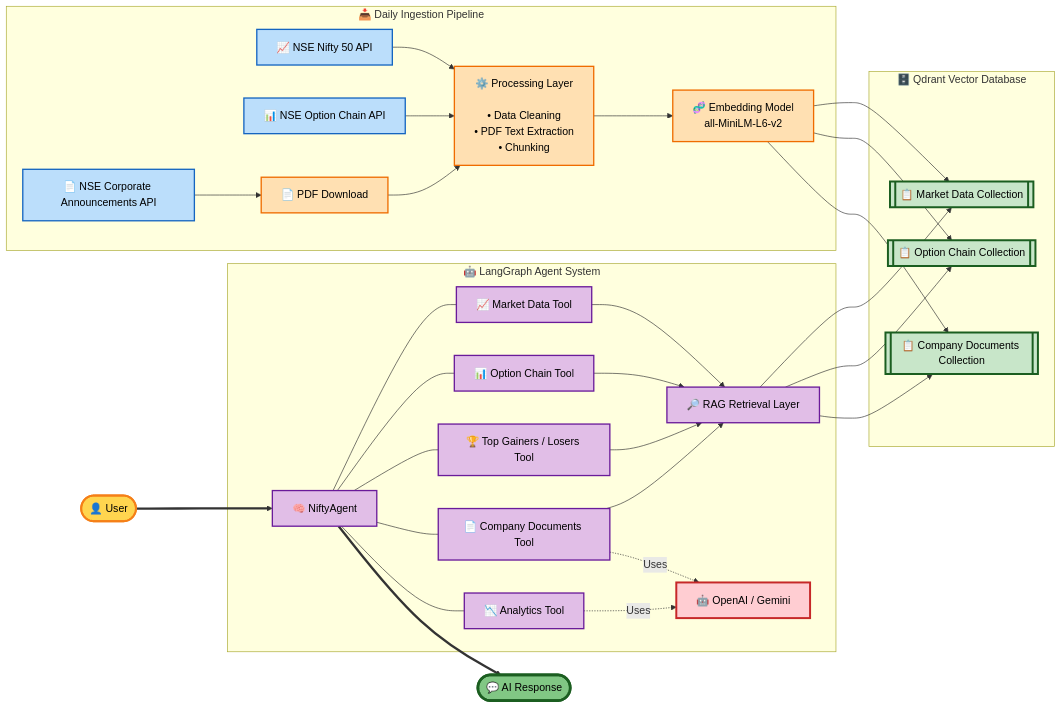
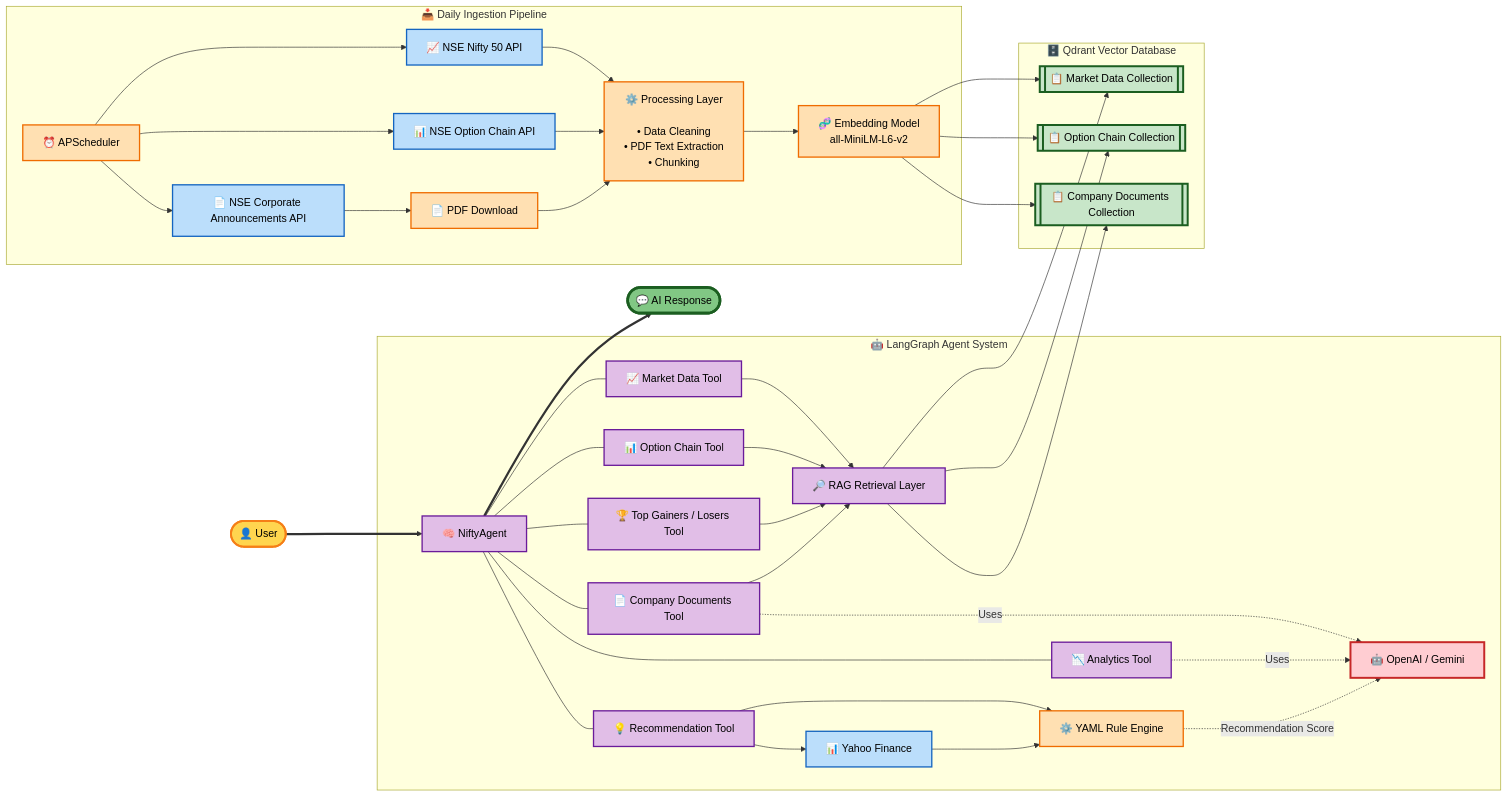
The diagram in mermaid.mmd (Gandharv-Gupta/Nifty-Intel.Ai), drawn with Mermaid before and after one commit. The commit also changed 1 other file, not shown here.

Commit message:
mermaid updated

```diff
--- a/mermaid.mmd
+++ b/mermaid.mmd
@@ -1,143 +1,163 @@
 flowchart LR
 
     %% =====================
     %% USER
     %% =====================
 
     USER([👤 User])
 
     %% =====================
     %% AGENT
     %% =====================
 
     subgraph AGENT["🤖 LangGraph Agent System"]
 
         AG["🧠 NiftyAgent"]
 
         T1["📈 Market Data Tool"]
 
         T2["📊 Option Chain Tool"]
 
         T3["🏆 Top Gainers / Losers Tool"]
 
         T4["📄 Company Documents Tool"]
 
         T5["📉 Analytics Tool"]
 
+        T6["💡 Recommendation Tool"]
+
         LLM["🤖 OpenAI / Gemini"]
 
         RAG["🔎 RAG Retrieval Layer"]
+
+        YF["📊 Yahoo Finance"]
+
+        RULES["⚙️ YAML Rule Engine"]
 
         AG --- T1
         AG --- T2
         AG --- T3
         AG --- T4
         AG --- T5
+        AG --- T6
 
         T1 --> RAG
         T2 --> RAG
         T3 --> RAG
         T4 --> RAG
 
-        T4 -.Uses .-> LLM
-        T5 -.Uses .-> LLM
+        T4 -. Uses .-> LLM
+        T5 -. Uses .-> LLM
+
+        T6 --> YF
+        T6 --> RULES
+
+        YF --> RULES
+
+        RULES -. Recommendation Score .-> LLM
 
     end
 
     USER ==> AG
 
     %% =====================
     %% VECTOR DATABASE
     %% =====================
 
     subgraph QDRANT["🗄️ Qdrant Vector Database"]
 
         MD[["📋 Market Data Collection"]]
 
         OC[["📋 Option Chain Collection"]]
 
         CD[["📋 Company Documents Collection"]]
 
     end
 
     RAG --> MD
     RAG --> OC
     RAG --> CD
 
     %% =====================
     %% INGESTION
     %% =====================
 
     subgraph PIPELINE["📥 Daily Ingestion Pipeline"]
 
+        APS["⏰ APScheduler"]
+
         NSE1["📈 NSE Nifty 50 API"]
 
         NSE2["📊 NSE Option Chain API"]
 
         NSE3["📄 NSE Corporate Announcements API"]
 
         PDF["📄 PDF Download"]
 
         PROCESS["⚙️ Processing Layer
 
 • Data Cleaning
 • PDF Text Extraction
 • Chunking"]
 
         EMB["🧬 Embedding Model
 all-MiniLM-L6-v2"]
+
+        APS --> NSE1
+        APS --> NSE2
+        APS --> NSE3
 
     end
 
     NSE1 --> PROCESS
 
     NSE2 --> PROCESS
 
     NSE3 --> PDF
 
     PDF --> PROCESS
 
     PROCESS --> EMB
 
     EMB --> MD
     EMB --> OC
     EMB --> CD
 
     %% =====================
     %% RESPONSE
     %% =====================
 
     RESPONSE([💬 AI Response])
 
     AG ==> RESPONSE
 
     %% =====================
     %% COLORS
     %% =====================
 
     classDef user fill:#FFD54F,stroke:#F57F17,color:#000,stroke-width:3px;
 
     classDef response fill:#81C784,stroke:#1B5E20,color:#000,stroke-width:4px;
 
     classDef agent fill:#E1BEE7,stroke:#6A1B9A,color:#000,stroke-width:2px;
 
     classDef llm fill:#FFCDD2,stroke:#C62828,color:#000,stroke-width:3px;
 
     classDef db fill:#C8E6C9,stroke:#1B5E20,color:#000,stroke-width:3px;
 
     classDef source fill:#BBDEFB,stroke:#1565C0,color:#000,stroke-width:2px;
 
     classDef process fill:#FFE0B2,stroke:#EF6C00,color:#000,stroke-width:2px;
 
     class USER user;
     class RESPONSE response;
 
-    class AG,T1,T2,T3,T4,T5,RAG agent;
+    class AG,T1,T2,T3,T4,T5,T6,RAG agent;
 
     class LLM llm;
 
     class MD,OC,CD db;
 
-    class NSE1,NSE2,NSE3 source;
+    class NSE1,NSE2,NSE3,YF source;
 
-    class PROCESS,PDF,EMB process;
+    class PROCESS,PDF,EMB,APS,RULES process;
```
